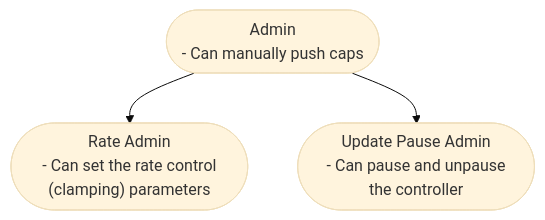
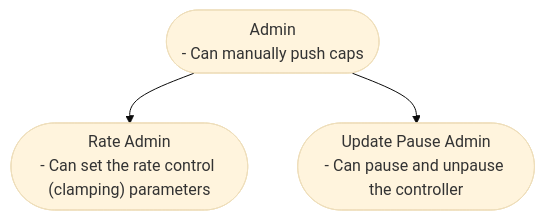
The second of 3 diagrams in content/prudentia/controllers/cap-controller.mdx (adrastia-oracle/adrastia-docs), drawn with Mermaid (base theme) before and after one commit. The commit also changed other lines of this file, not shown here.

Commit message:
Fix lists in Mermaid diagrams

````diff
--- a/content/prudentia/controllers/cap-controller.mdx
+++ b/content/prudentia/controllers/cap-controller.mdx
@@ -90,6 +90,6 @@
 ```mermaid
 flowchart TB
-    A(["Admin\n - Can manually push caps"])
-    A --> B(["Rate Admin\n - Can set the rate control (clamping) parameters"])
-    A --> C(["Update Pause Admin\n - Can pause and unpause the controller"])
+    A(["Admin<br>- Can manually push caps"])
+    A --> B(["Rate Admin<br>- Can set the rate control (clamping) parameters"])
+    A --> C(["Update Pause Admin<br>- Can pause and unpause the controller"])
 ```
````
